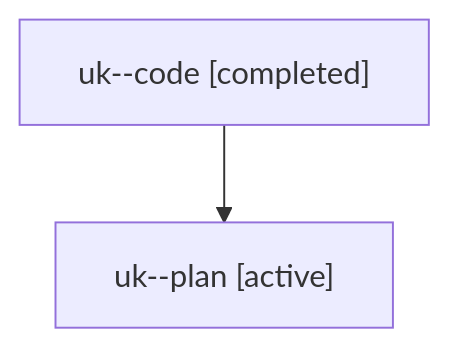
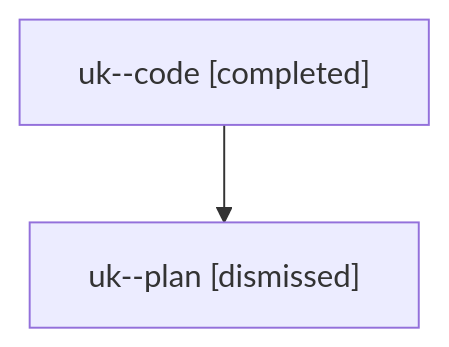
The diagram in sessions/bbugyi200.athena.uk.md (sase-org/sase--agents), drawn with Mermaid before and after one commit. The commit also changed other lines of this file and 13 other files, not shown here.

````diff
--- a/sessions/bbugyi200.athena.uk.md
+++ b/sessions/bbugyi200.athena.uk.md
@@ -9,6 +9,6 @@
 ```mermaid
 flowchart TD
   n0["uk--code [completed]"]
-  n1["uk--plan [active]"]
+  n1["uk--plan [dismissed]"]
   n0 --> n1
 ```
````
